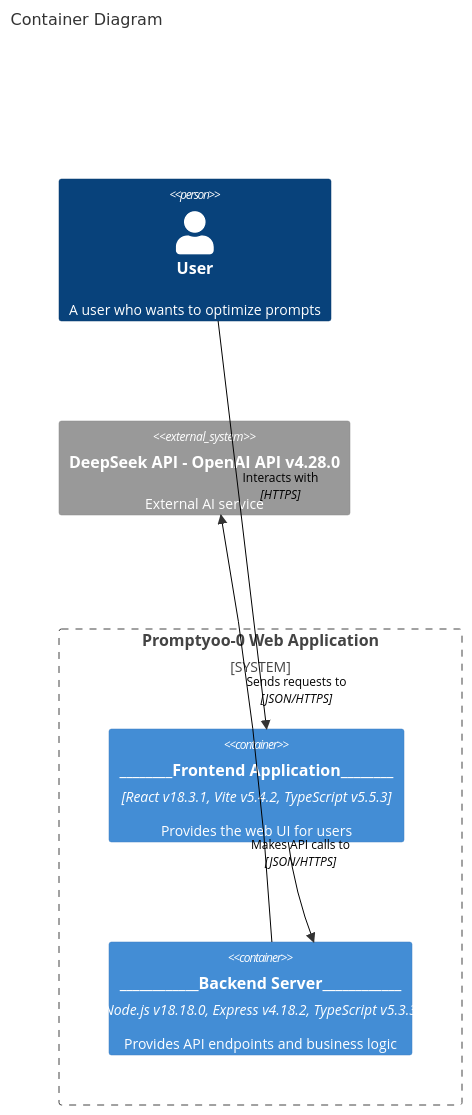
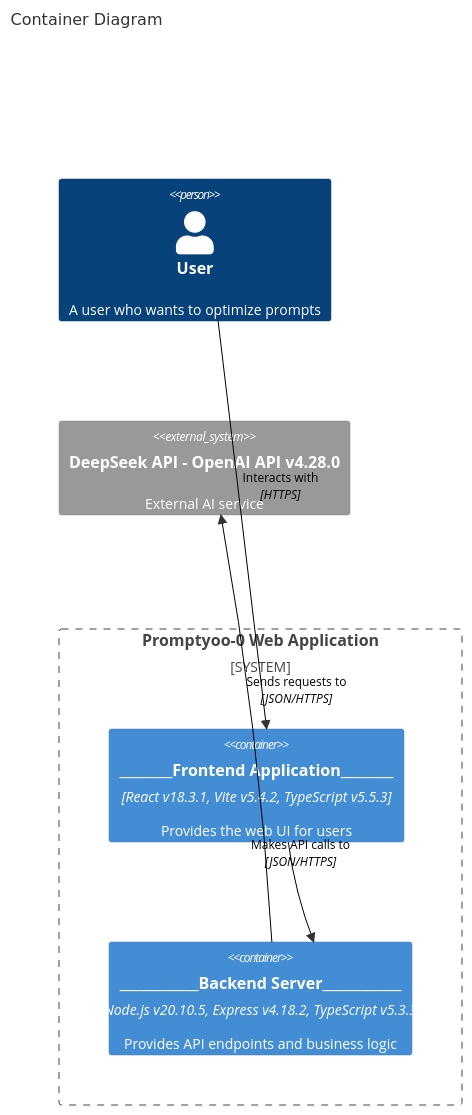
One commit to wubin28/book-vibe-coding-in-action changed the second of 4 diagrams in ch07-copilot-ut/c4-model-diagrams/c4-model-architecture-actual.md. Above: the diagram before and after it, drawn with Mermaid. The commit also changed 3 other files, not shown here.

Commit message:
chore: ch07: backend: upgraded node.js from v18.18.0 to v22.16.0 on my local machine

````diff
--- a/ch07-copilot-ut/c4-model-diagrams/c4-model-architecture-actual.md
+++ b/ch07-copilot-ut/c4-model-diagrams/c4-model-architecture-actual.md
@@ -24,22 +24,22 @@
 ```mermaid
 C4Container
     title Container Diagram
 
     Person(user, "User", "A user who wants to optimize prompts")
 
     System_Boundary(webApp, "Promptyoo-0 Web Application") {
         Container(frontendApp, "________Frontend Application________", "React v18.3.1, Vite v5.4.2, TypeScript v5.5.3", "Provides the web UI for users")
-        Container(backendServer, "____________Backend Server____________", "Node.js v18.18.0, Express v4.18.2, TypeScript v5.3.3", "Provides API endpoints and business logic")
+        Container(backendServer, "____________Backend Server____________", "Node.js v20.10.5, Express v4.18.2, TypeScript v5.3.3", "Provides API endpoints and business logic")
     }
 
     System_Ext(deepseek, "DeepSeek API - OpenAI API v4.28.0", "External AI service")
 
     Rel(user, frontendApp, "Interacts with", "HTTPS")
     Rel(frontendApp, backendServer, "Makes API calls to", "JSON/HTTPS")
     Rel(backendServer, deepseek, "Sends requests to", "JSON/HTTPS")
 
     UpdateRelStyle(user, frontendApp, $textColor="black", $lineColor="black", $offsetY="-50")
     UpdateRelStyle(frontendApp, backendServer, $textColor="black", $lineColor="black", $offsetX="-50", $offsetY="-50")
     UpdateRelStyle(backendServer, deepseek, $textColor="black", $lineColor="black", $offsetY="-50")
 
 ```
````
